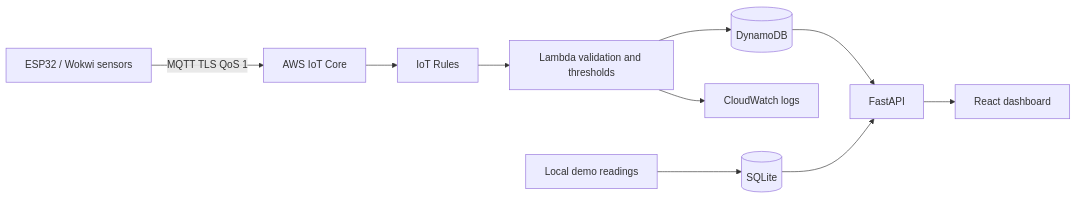
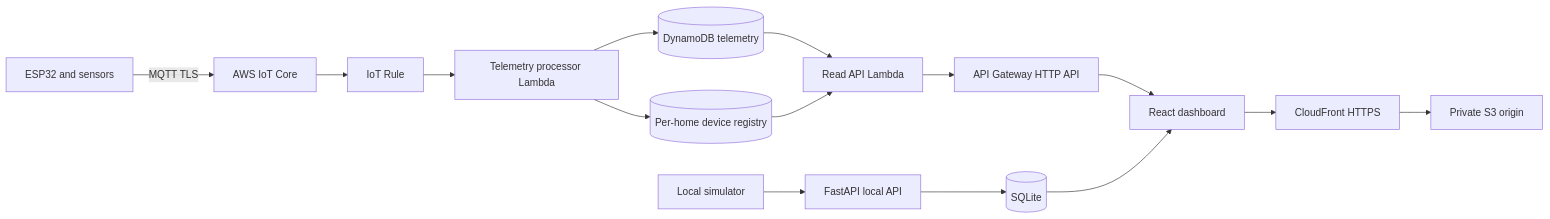
The diagram in docs/ARCHITECTURE.md (SLakshmiGanesh/iot-aws), drawn with Mermaid before and after one commit. The commit also changed other lines of this file, not shown here.

Commit message:
Document expanded data paths and security controls

````diff
--- a/docs/ARCHITECTURE.md
+++ b/docs/ARCHITECTURE.md
@@ -2,12 +3,17 @@
 ```mermaid
 flowchart LR
-  ESP[ESP32 / Wokwi sensors] -->|MQTT TLS QoS 1| IOT[AWS IoT Core]
-  IOT --> RULE[IoT Rules]
-  RULE --> L[Lambda validation and thresholds]
-  L --> D[(DynamoDB)]
-  L --> CW[CloudWatch logs]
-  D --> API[FastAPI]
-  API --> UI[React dashboard]
-  SIM[Local demo readings] --> DB[(SQLite)]
-  DB --> API
+  ESP[ESP32 and sensors] -->|MQTT TLS| IOT[AWS IoT Core]
+  IOT --> RULE[IoT Rule]
+  RULE --> PROC[Telemetry processor Lambda]
+  PROC --> HIST[(DynamoDB telemetry)]
+  PROC --> REG[(Per-home device registry)]
+  HIST --> READ[Read API Lambda]
+  REG --> READ
+  READ --> APIGW[API Gateway HTTP API]
+  APIGW --> UI[React dashboard]
+  UI --> CF[CloudFront HTTPS]
+  CF --> S3[Private S3 origin]
+  SIM[Local simulator] --> FAST[FastAPI local API]
+  FAST --> SQLITE[(SQLite)]
+  SQLITE --> UI
 ```
````
